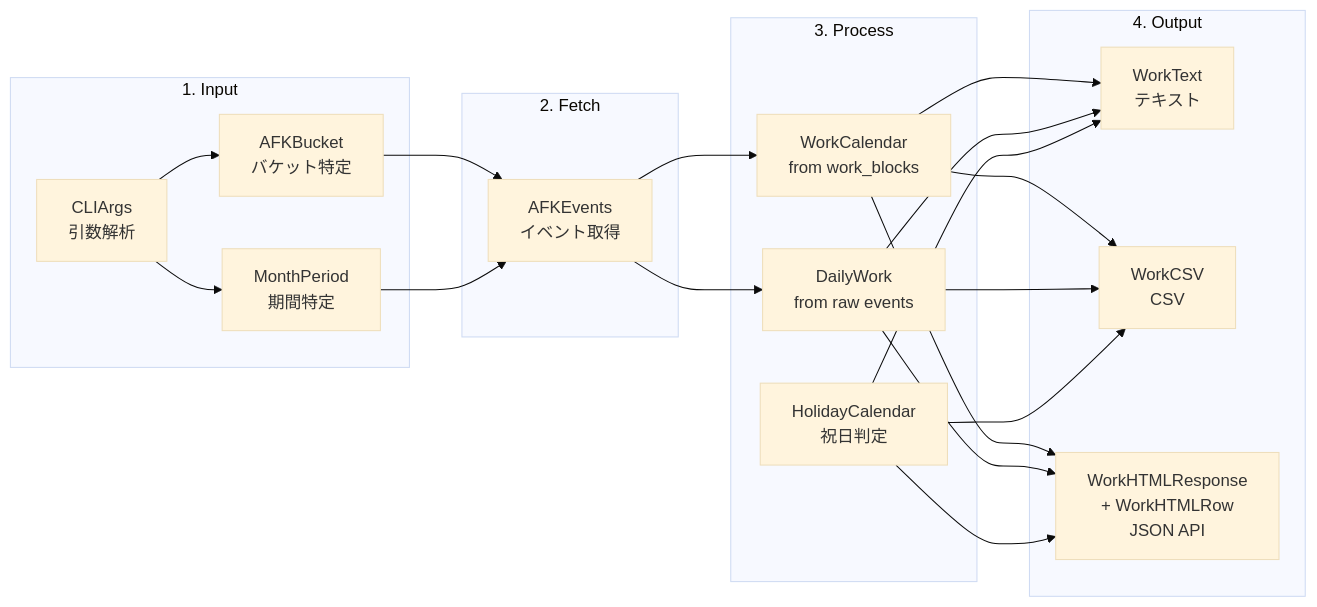
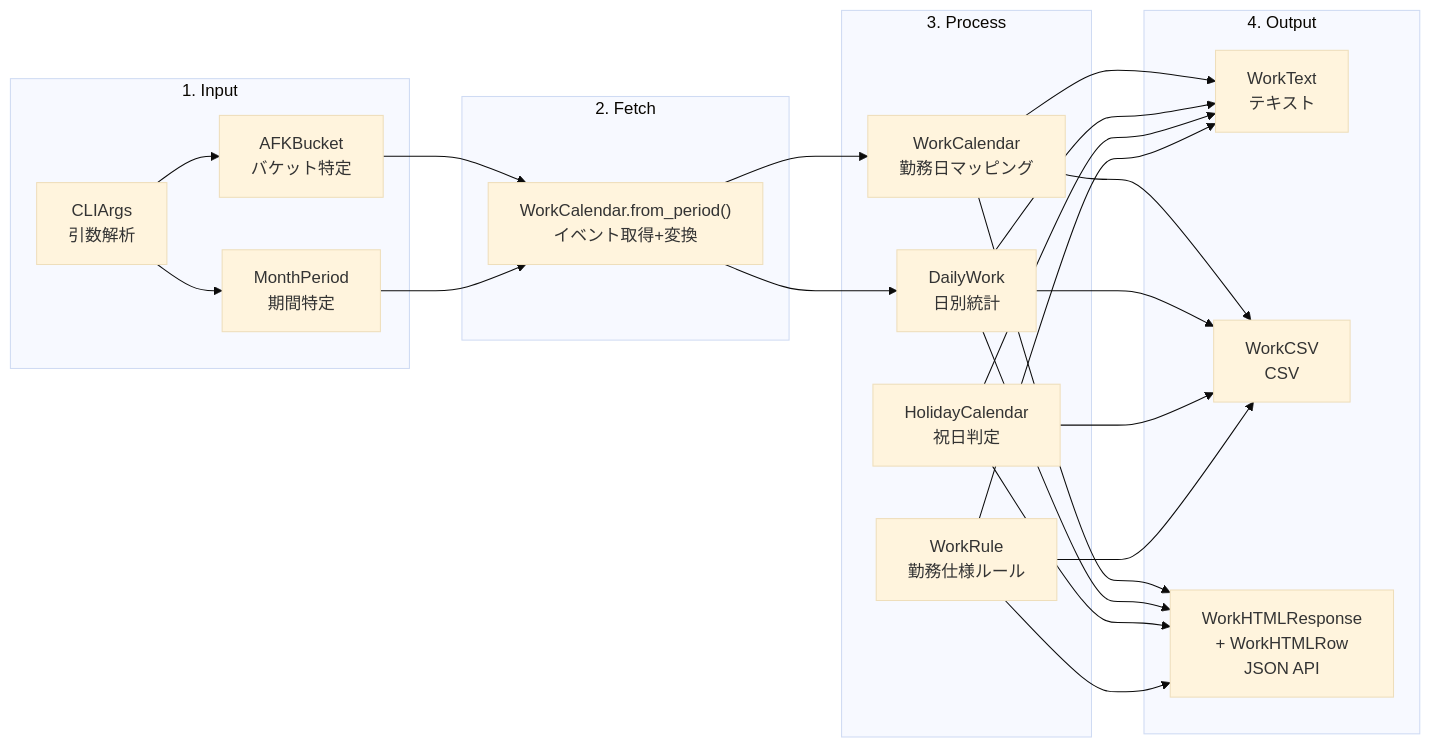
Before and after one commit to shinyaohtani/aw-work-hours: the second of 3 diagrams in docs/architecture.md, drawn with Mermaid (base theme). The commit also changed other lines of this file and 1 other file, not shown here.

First line of the commit message:
Improve readability: section boundaries, WorkRule, exceptions, TypedDict

````diff
--- a/docs/architecture.md
+++ b/docs/architecture.md
@@ -76,29 +101,30 @@
 ```mermaid
 flowchart LR
     subgraph input["1. Input"]
         A1["CLIArgs<br/>引数解析"]
         A2["AFKBucket<br/>バケット特定"]
         A3["MonthPeriod<br/>期間特定"]
     end
 
     subgraph fetch["2. Fetch"]
-        B1["AFKEvents<br/>イベント取得"]
+        B1["WorkCalendar.from_period()<br/>イベント取得+変換"]
     end
 
     subgraph process["3. Process"]
-        C1["WorkCalendar<br/>from work_blocks"]
-        C2["DailyWork<br/>from raw events"]
+        C1["WorkCalendar<br/>勤務日マッピング"]
+        C2["DailyWork<br/>日別統計"]
         C3["HolidayCalendar<br/>祝日判定"]
+        C4["WorkRule<br/>勤務仕様ルール"]
     end
 
     subgraph output["4. Output"]
         D1["WorkText<br/>テキスト"]
         D2["WorkCSV<br/>CSV"]
         D3["WorkHTMLResponse<br/>+ WorkHTMLRow<br/>JSON API"]
     end
 
     A1 --> A2 & A3
     A2 & A3 --> B1
     B1 --> C1 & C2
-    C1 & C2 & C3 --> D1 & D2 & D3
+    C1 & C2 & C3 & C4 --> D1 & D2 & D3
 ```
````
